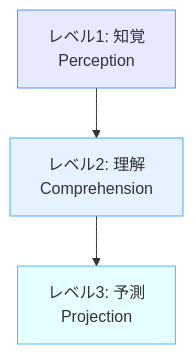
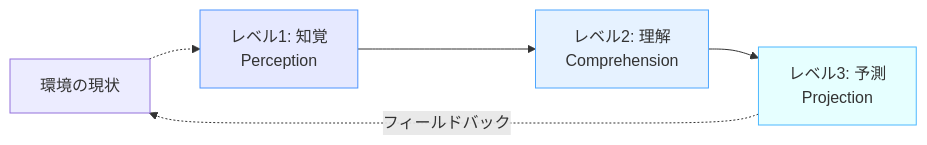
The first of 3 diagrams in docs/basics/endsley-model.md (shuji-bonji/Situational-Awareness-and-Decision-Making), drawn with Mermaid before and after one commit. The commit also changed 2 other files, not shown here.

Commit message:
fix: 幾つかの図を変更

````diff
--- a/docs/basics/endsley-model.md
+++ b/docs/basics/endsley-model.md
@@ -25,8 +25,10 @@
 ```mermaid
-graph TD
+graph LR
+    S[環境の現状] -.-> A
     A[レベル1: 知覚<br>Perception] --> B[レベル2: 理解<br>Comprehension]
     B --> C[レベル3: 予測<br>Projection]
+    C -.-> |フィールドバック| S
     style A fill:#e6e9ff,stroke:#4d94ff
     style B fill:#e6f2ff,stroke:#4da6ff
     style C fill:#e6ffff,stroke:#4db8ff
 ```
````
